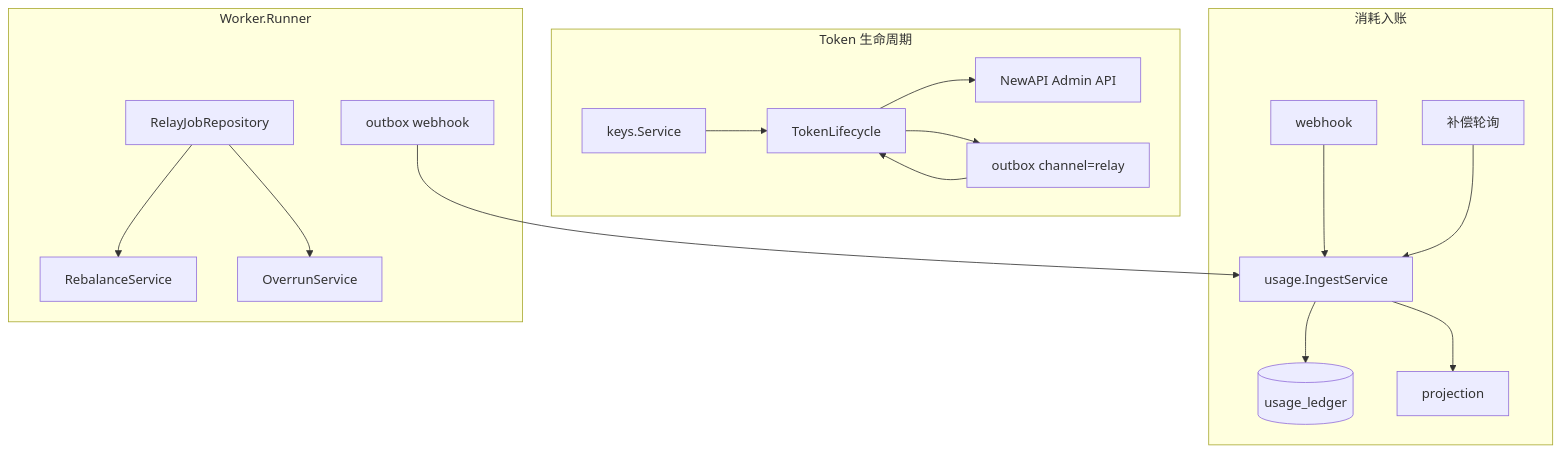
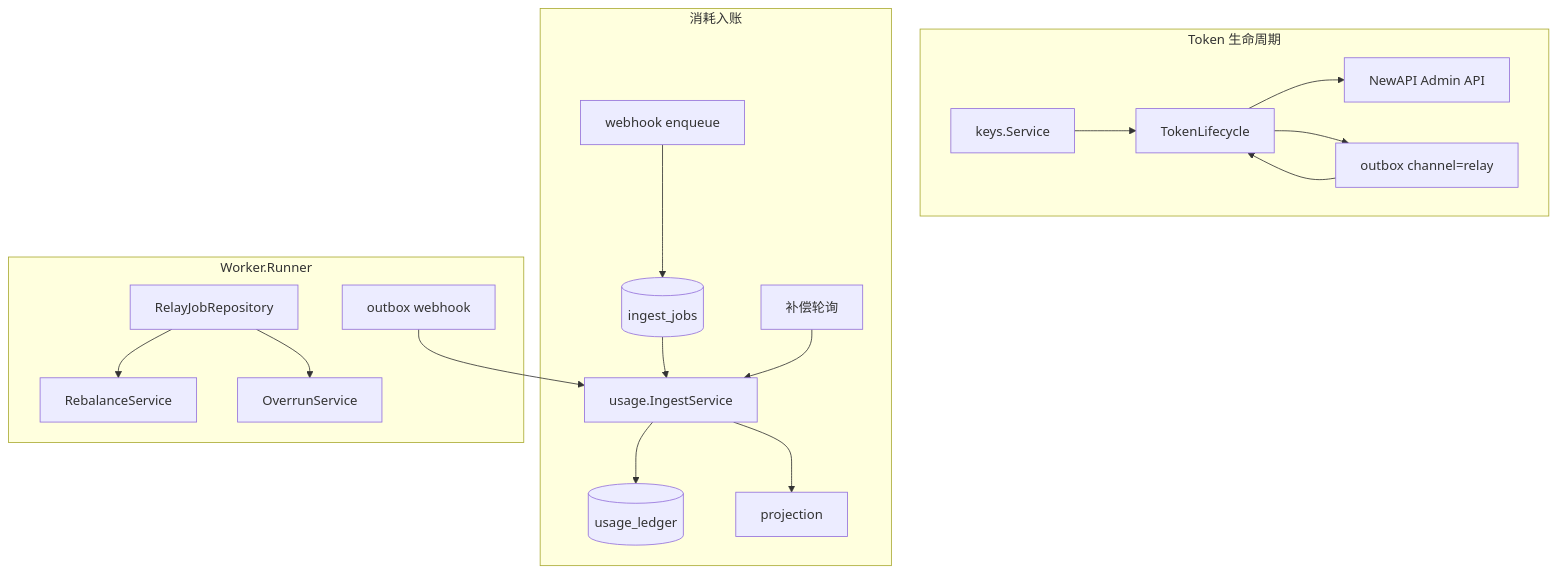
Before and after one commit to quyip8818/mytokenjoy: the fourth of 6 diagrams in docs/Backend-架构.md, drawn with Mermaid. The commit also changed other lines of this file and 46 other files, not shown here.

````diff
--- a/docs/Backend-架构.md
+++ b/docs/Backend-架构.md
@@ -287,22 +287,23 @@
 ```mermaid
 flowchart TB
   subgraph lifecycle [Token 生命周期]
     KEYS[keys.Service] --> LC[TokenLifecycle]
     LC --> NA_API[NewAPI Admin API]
     LC --> OB_R[outbox channel=relay]
   end
 
   subgraph ingest [消耗入账]
-    WH[webhook] --> ING[usage.IngestService]
+    WH[webhook enqueue] --> Q[(ingest_jobs)]
+    Q --> ING[usage.IngestService]
     COMP[补偿轮询] --> ING
     ING --> LEDGER[(usage_ledger)]
     ING --> PROJ[projection]
   end
 
   subgraph worker [Worker.Runner]
     OB_R --> LC
     OB_W[outbox webhook] --> ING
     JOBS[RelayJobRepository] --> RBS[RebalanceService]
     JOBS --> OVS[OverrunService]
   end
 ```
````
